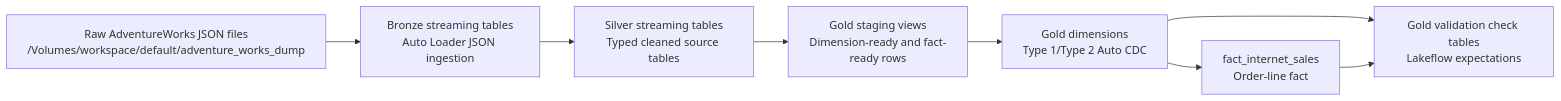
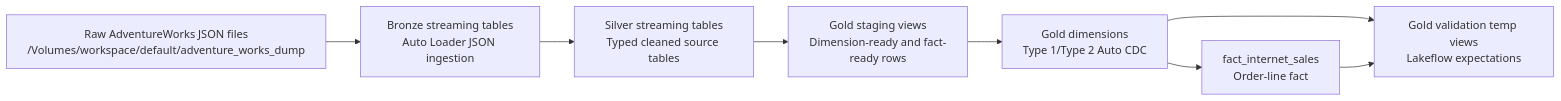
The diagram in docs/technical_design.md (AlkaSaliss/databricks-dimensional-modeling), drawn with Mermaid before and after one commit. The commit also changed other lines of this file and 6 other files, not shown here.

Commit message:
use temp views for gold layer DQC. add genie space design

````diff
--- a/docs/technical_design.md
+++ b/docs/technical_design.md
@@ -63,14 +63,14 @@
 ```mermaid
 flowchart LR
   raw["Raw AdventureWorks JSON files\n/Volumes/workspace/default/adventure_works_dump"]
   bronze["Bronze streaming tables\nAuto Loader JSON ingestion"]
   silver["Silver streaming tables\nTyped cleaned source tables"]
   stg["Gold staging views\nDimension-ready and fact-ready rows"]
   dims["Gold dimensions\nType 1/Type 2 Auto CDC"]
   fact["fact_internet_sales\nOrder-line fact"]
-  checks["Gold validation check tables\nLakeflow expectations"]
+  checks["Gold validation temp views\nLakeflow expectations"]
 
   raw --> bronze --> silver --> stg --> dims --> fact
   dims --> checks
   fact --> checks
 ```
````
